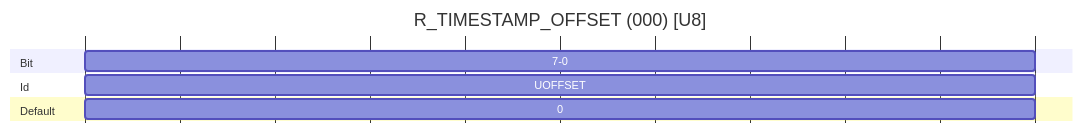
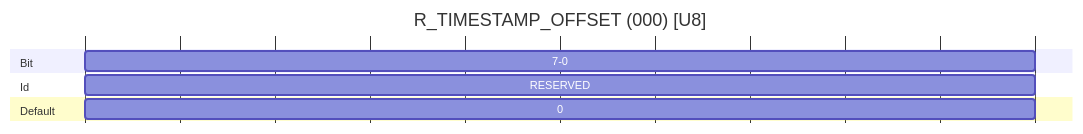
Before and after one commit to harp-tech/protocol: diagram 15 of 19 in Device.md, drawn with Mermaid. The commit also changed other lines of this file, not shown here.

````diff
--- a/Device.md
+++ b/Device.md
@@ -412,19 +622,19 @@
 ```mermaid
 ---
 displayMode: compact
 ---
 
 gantt
     title R_TIMESTAMP_OFFSET (000) [U8]
 
     dateFormat X
     axisFormat %
     tickInterval 0
 
     section Bit
     7-0      :byte1, 0, 1
     section Id
-    UOFFSET      :id1, 0, 1
+    RESERVED      :id1, 0, 1
     section Default
     0      :d1, 0, 1
 ```
````
